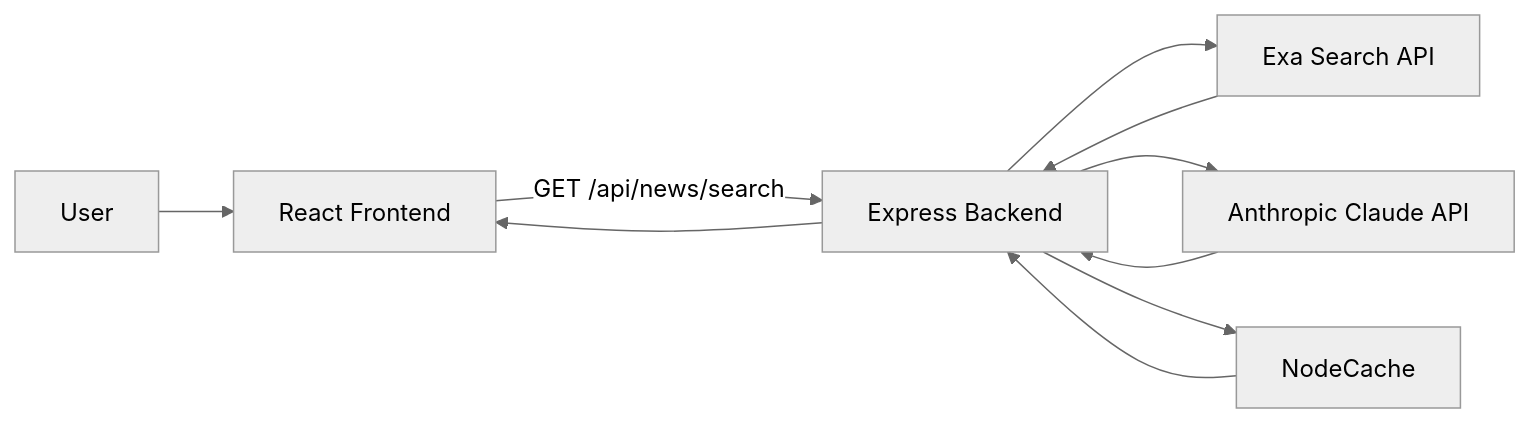
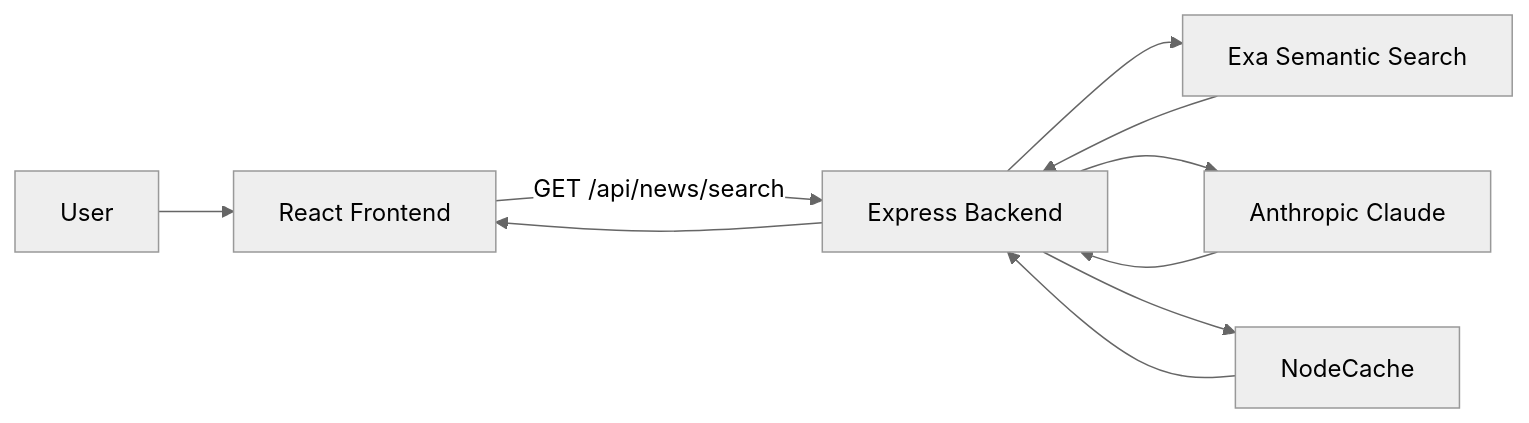
Before and after one commit to Krishal-Modi/AI-News-Bias-Analyzer: the diagram in README.md, drawn with Mermaid (neutral theme). The commit also changed other lines of this file, not shown here.

````diff
--- a/README.md
+++ b/README.md
@@ -24,12 +26,12 @@
 ```mermaid
 flowchart LR
   U[User] --> F[React Frontend]
   F -->|GET /api/news/search| B[Express Backend]
-  B --> E[Exa Search API]
-  B --> A[Anthropic Claude API]
+  B --> E[Exa Semantic Search]
+  B --> A[Anthropic Claude]
   B --> C[NodeCache]
   E --> B
   A --> B
   C --> B
   B --> F
 ```
````
